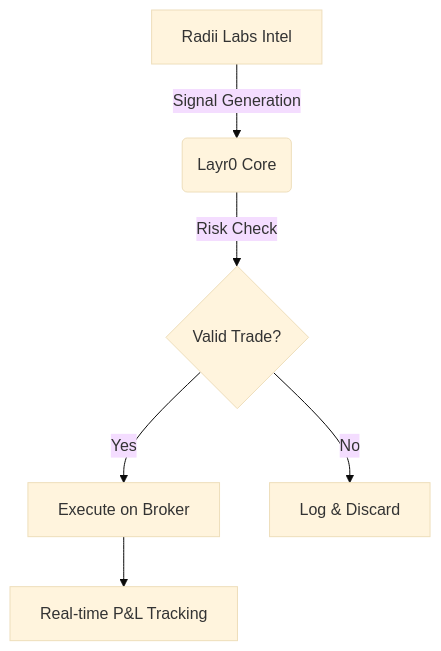
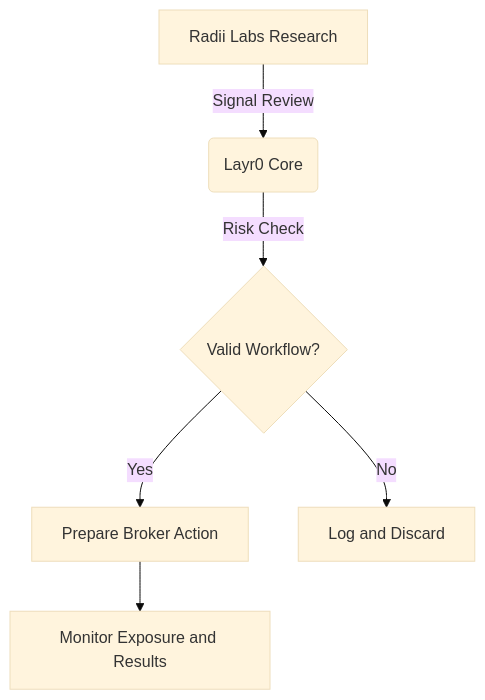
Before and after one commit to Radii-Holdings/web-home: the diagram in content/Unlocking-Forex-Potential-with-Layr0/index.mdx, drawn with Mermaid (base theme). The commit also changed other lines of this file and 32 other files, not shown here.

````diff
--- a/content/Unlocking-Forex-Potential-with-Layr0/index.mdx
+++ b/content/Unlocking-Forex-Potential-with-Layr0/index.mdx
@@ -43,8 +41,8 @@
 ```mermaid
 graph TD
-    A[Radii Labs Intel] -->|Signal Generation| B(Layr0 Core)
-    B -->|Risk Check| C{Valid Trade?}
-    C -->|Yes| D[Execute on Broker]
-    C -->|No| E[Log & Discard]
-    D --> F[Real-time P&L Tracking]
+    A[Radii Labs Research] -->|Signal Review| B(Layr0 Core)
+    B -->|Risk Check| C{Valid Workflow?}
+    C -->|Yes| D[Prepare Broker Action]
+    C -->|No| E[Log and Discard]
+    D --> F[Monitor Exposure and Results]
 ```
````
